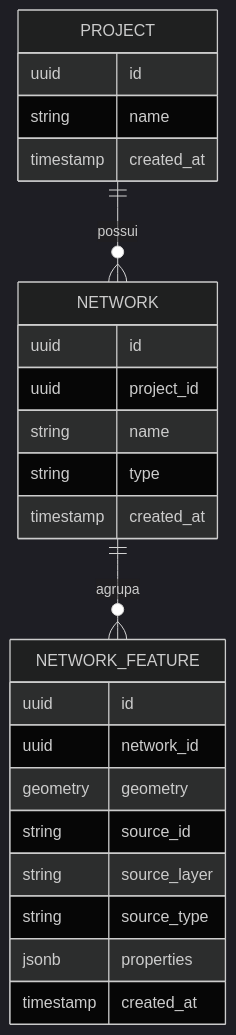
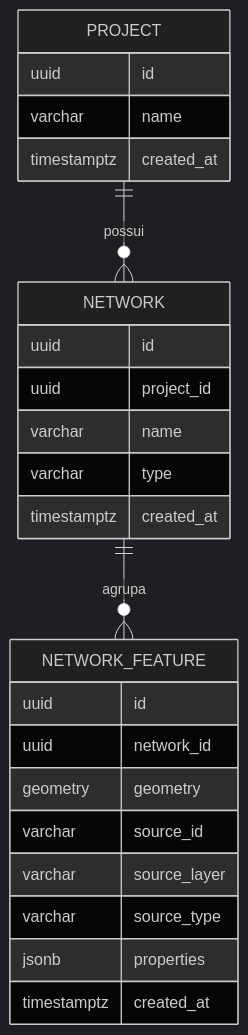
The diagram in docs/DATA_MODEL.md (JonhyGonc/GeoEcosystem), drawn with Mermaid (dark theme) before and after one commit. The commit also changed other lines of this file and 8 other files, not shown here.

```diff
--- a/docs/DATA_MODEL.md
+++ b/docs/DATA_MODEL.md
@@ -7,27 +7,27 @@
 ~~~mermaid
 erDiagram
     PROJECT ||--o{ NETWORK : possui
     NETWORK ||--o{ NETWORK_FEATURE : agrupa
     PROJECT {
         uuid id
-        string name
-        timestamp created_at
+        varchar name
+        timestamptz created_at
     }
     NETWORK {
         uuid id
         uuid project_id
-        string name
-        string type
-        timestamp created_at
+        varchar name
+        varchar type
+        timestamptz created_at
     }
     NETWORK_FEATURE {
         uuid id
         uuid network_id
         geometry geometry
-        string source_id
-        string source_layer
-        string source_type
+        varchar source_id
+        varchar source_layer
+        varchar source_type
         jsonb properties
-        timestamp created_at
+        timestamptz created_at
     }
 ~~~
```
